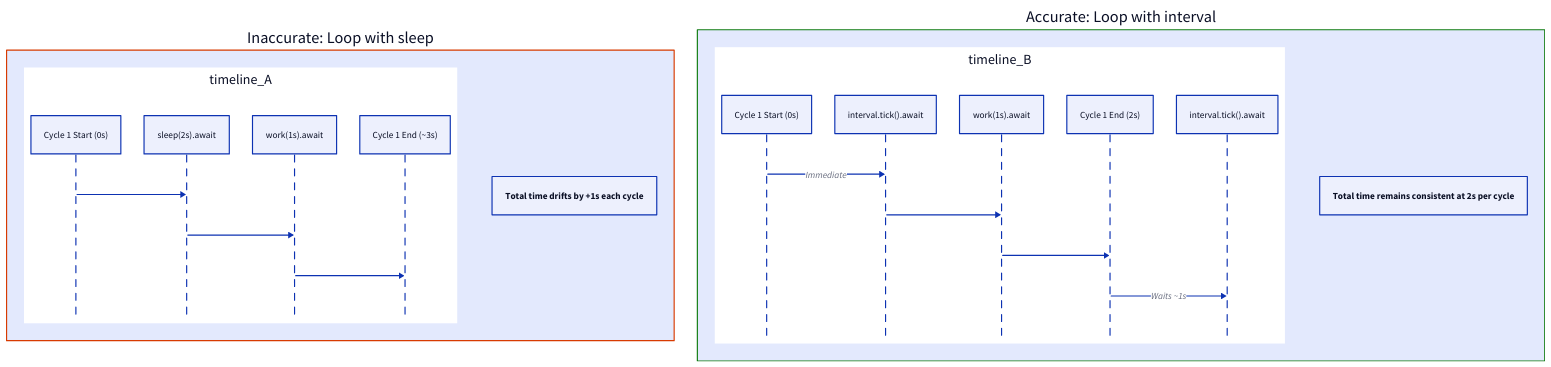
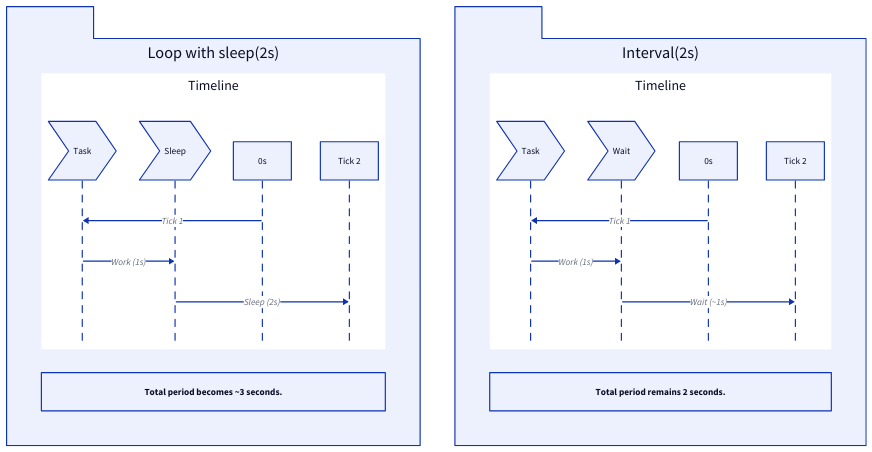
One commit to lban2049/tokio changed the diagram in .aigne/doc-smith/docs/concepts-timers.md. Above: the diagram before and after it, drawn with D2. The commit also changed other lines of this file and 42 other files, not shown here.

````diff
--- a/.aigne/doc-smith/docs/concepts-timers.md
+++ b/.aigne/doc-smith/docs/concepts-timers.md
@@ -43,41 +42,37 @@
 ```d2
 direction: down
 
-subsystem_A: "Inaccurate: Loop with sleep" {
-  timeline_A: {
-    direction: right
+"Loop with sleep(2s)": {
+  shape: package
+  grid-columns: 1
+
+  "Timeline": {
     shape: sequence_diagram
+    "Task": {shape: step}
+    "Sleep": {shape: step}
 
-    start_1: "Cycle 1 Start (0s)"
-    sleep_1: "sleep(2s).await"
-    work_1: "work(1s).await"
-    end_1: "Cycle 1 End (~3s)"
-
-    start_1 -> sleep_1
-    sleep_1 -> work_1
-    work_1 -> end_1
+    "0s" -> "Task": "Tick 1"
+    "Task" -> "Sleep": "Work (1s)"
+    "Sleep" -> "3s": "Sleep (2s)"
+    "3s": "Tick 2"
   }
-  style.stroke: "#D83B01"
-  "Total time drifts by +1s each cycle"
+  "Total period becomes ~3 seconds."
 }
 
-subsystem_B: "Accurate: Loop with interval" {
-  timeline_B: {
-    direction: right
+"Interval(2s)": {
+  shape: package
+  grid-columns: 1
+
+  "Timeline": {
     shape: sequence_diagram
+    "Task": {shape: step}
+    "Wait": {shape: step}
 
-    start_2: "Cycle 1 Start (0s)"
-    tick_1: "interval.tick().await"
-    work_2: "work(1s).await"
-    end_2: "Cycle 1 End (2s)"
-    tick_2: "interval.tick().await"
-
-    start_2 -> tick_1: "Immediate"
-    tick_1 -> work_2
-    work_2 -> end_2
-    end_2 -> tick_2: "Waits ~1s"
+    "0s" -> "Task": "Tick 1"
+    "Task" -> "Wait": "Work (1s)"
+    "Wait" -> "2s": "Wait (~1s)"
+    "2s": "Tick 2"
   }
-  style.stroke: "#107C10"
-  "Total time remains consistent at 2s per cycle"
+  "Total period remains 2 seconds."
 }
 ```
````
